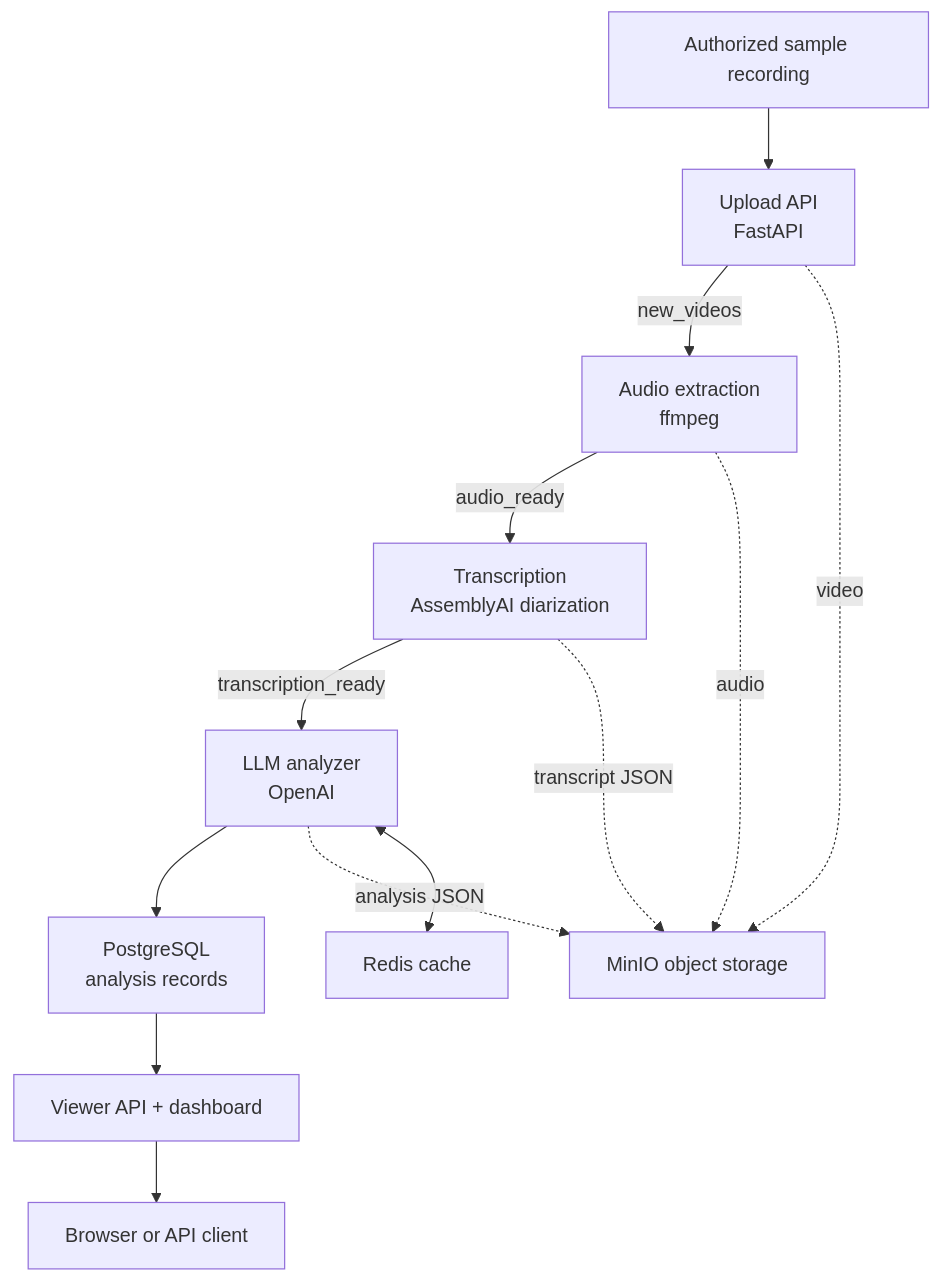
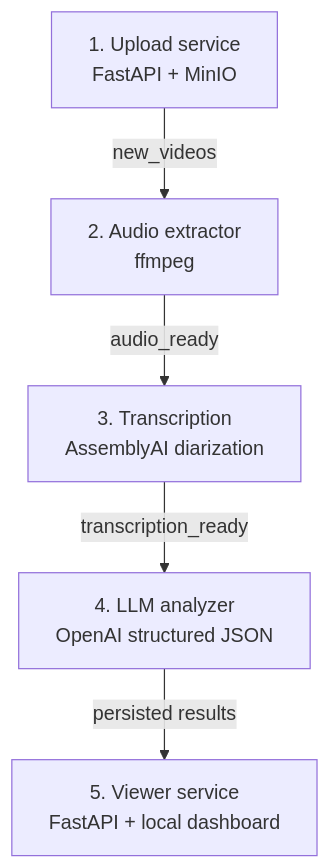
The diagram in README.md (LironTal01/Psychology_Session_Analyzer), drawn with Mermaid before and after one commit. The commit also changed other lines of this file, not shown here.

````diff
--- a/README.md
+++ b/README.md
@@ -33,16 +27,13 @@
 ```mermaid
 flowchart TB
-    U["Authorized sample recording"] --> UP["Upload API\nFastAPI"]
-    UP -->|"new_videos"| AE["Audio extraction\nffmpeg"]
-    AE -->|"audio_ready"| TS["Transcription\nAssemblyAI diarization"]
-    TS -->|"transcription_ready"| LA["LLM analyzer\nOpenAI"]
-    LA --> DB["PostgreSQL\nanalysis records"]
-    DB --> VS["Viewer API + dashboard"]
-    VS --> B["Browser or API client"]
+    UP["1. Upload service\nFastAPI + MinIO"]
+    AE["2. Audio extractor\nffmpeg"]
+    TS["3. Transcription\nAssemblyAI diarization"]
+    LA["4. LLM analyzer\nOpenAI structured JSON"]
+    VS["5. Viewer service\nFastAPI + local dashboard"]
 
-    UP -. "video" .-> S["MinIO object storage"]
-    AE -. "audio" .-> S
-    TS -. "transcript JSON" .-> S
-    LA -. "analysis JSON" .-> S
-    LA <--> R["Redis cache"]
+    UP -->|"new_videos"| AE
+    AE -->|"audio_ready"| TS
+    TS -->|"transcription_ready"| LA
+    LA -->|"persisted results"| VS
 ```
````
